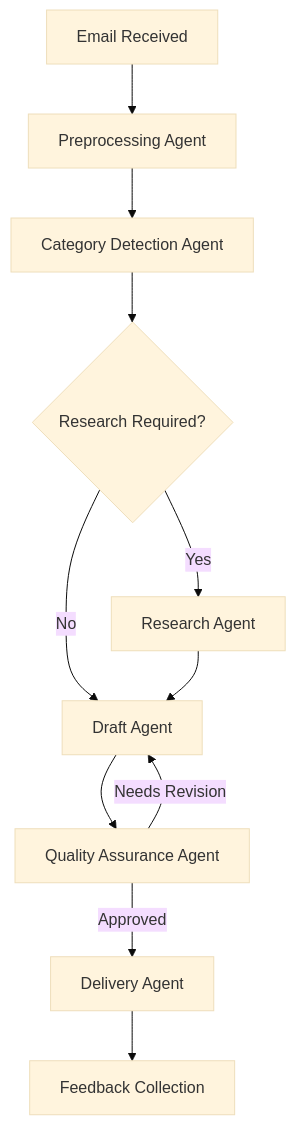
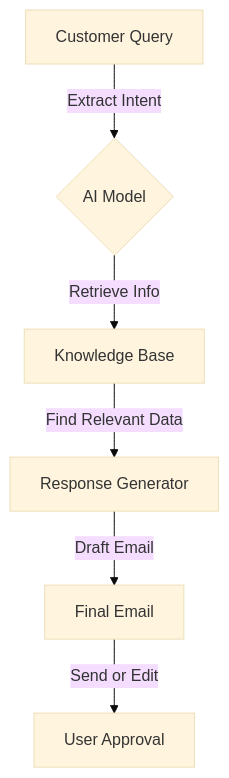
One commit to Zoyaaaaaaa/EduMail changed the diagram in README.md. Above: the diagram before and after it, drawn with Mermaid (base theme). The commit also changed other lines of this file, not shown here.

````diff
--- a/README.md
+++ b/README.md
@@ -48,13 +25,8 @@
 ```mermaid
-graph TD
-    A[Email Received] --> B[Preprocessing Agent]
-    B --> C[Category Detection Agent]
-    C --> D{Research Required?}
-    D -->|Yes| E[Research Agent]
-    D -->|No| F[Draft Agent]
-    E --> F
-    F --> G[Quality Assurance Agent]
-    G -->|Approved| H[Delivery Agent]
-    G -->|Needs Revision| F
-    H --> I[Feedback Collection]
+graph TD;
+  A[Customer Query] -->|Extract Intent| B{AI Model}
+  B -->|Retrieve Info| C[Knowledge Base]
+  C -->|Find Relevant Data| D[Response Generator]
+  D -->|Draft Email| E[Final Email]
+  E -->|Send or Edit| F[User Approval]
 ```
````
